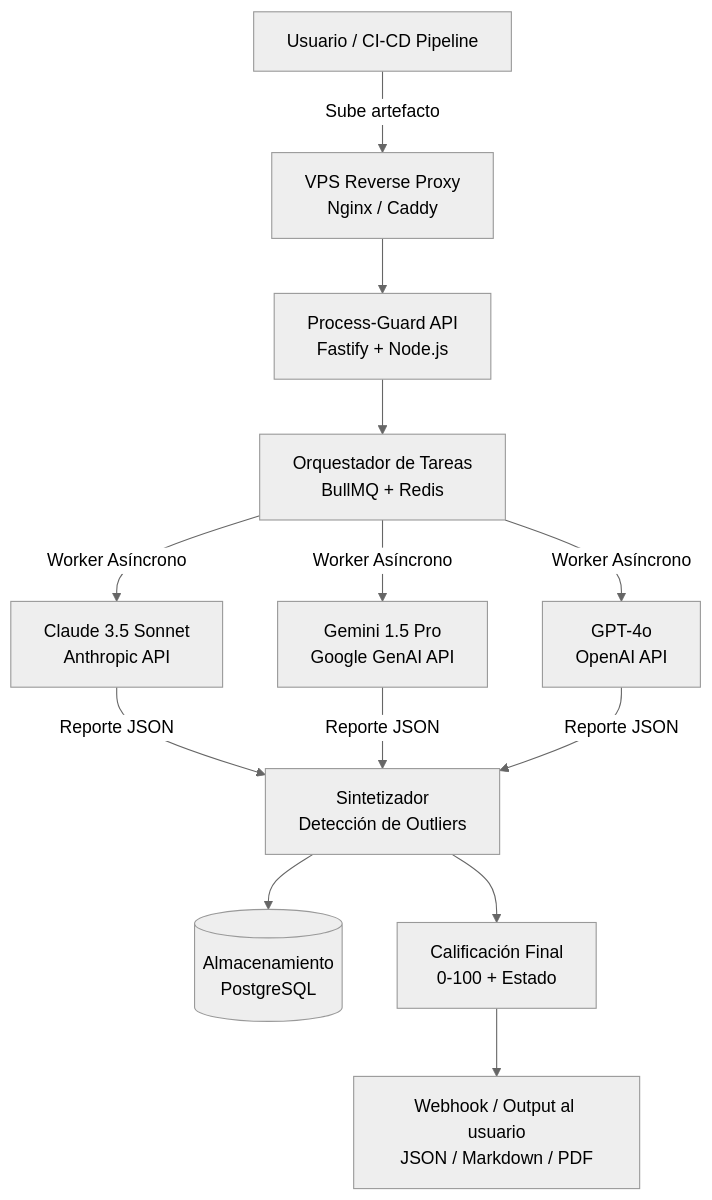
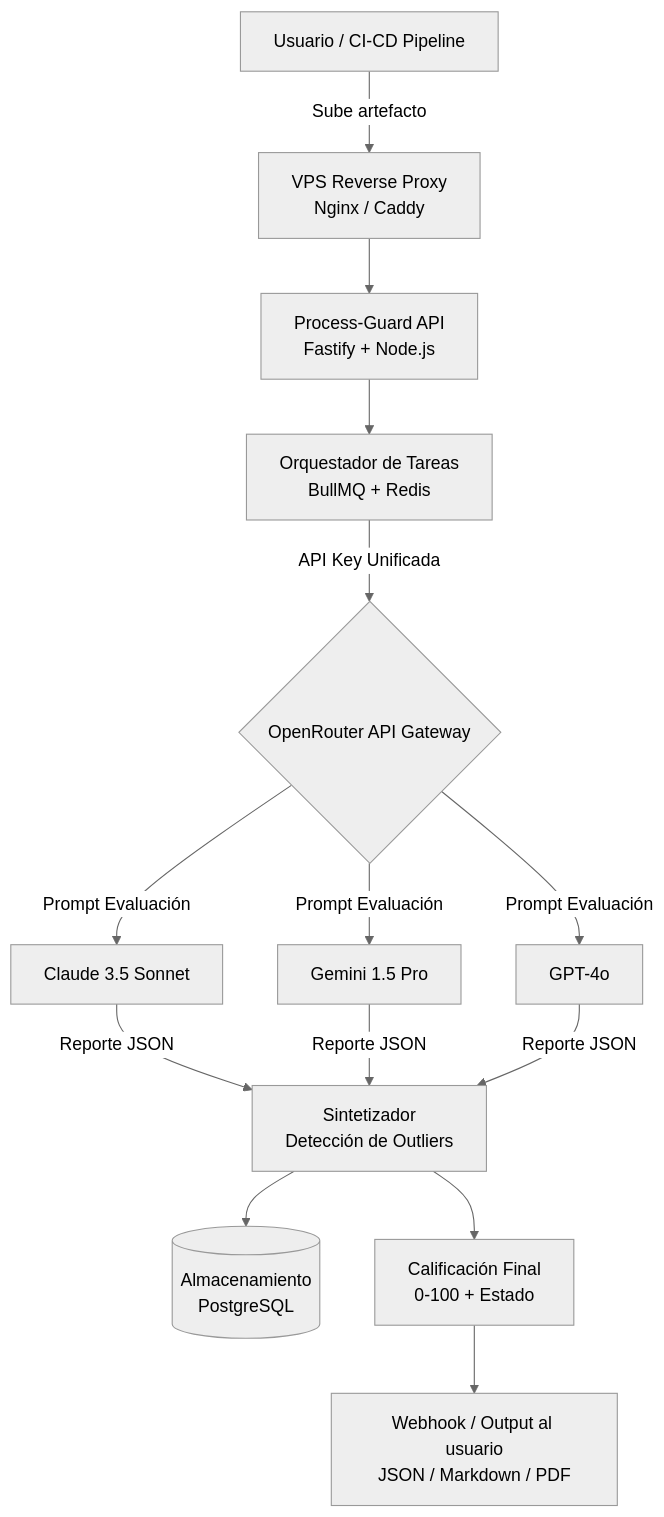
One commit to AXLAAF/Hakaton changed the diagram in tasks/entregables_tarea_2/diagrams/figura_1_arquitectura.md. Above: the diagram before and after it, drawn with Mermaid (neutral theme). The commit also changed 1 other file, not shown here.

Commit message:
Update: Integrar OpenRouter API Gateway

````diff
--- a/tasks/entregables_tarea_2/diagrams/figura_1_arquitectura.md
+++ b/tasks/entregables_tarea_2/diagrams/figura_1_arquitectura.md
@@ -3,19 +3,21 @@
 ```mermaid
 graph TD
     U[Usuario / CI-CD Pipeline] -->|Sube artefacto| VPS[VPS Reverse Proxy\nNginx / Caddy]
     VPS --> API[Process-Guard API\nFastify + Node.js]
     API --> ORCH[Orquestador de Tareas\nBullMQ + Redis]
     
-    ORCH -->|Worker Asíncrono| M1[Claude 3.5 Sonnet\nAnthropic API]
-    ORCH -->|Worker Asíncrono| M2[Gemini 1.5 Pro\nGoogle GenAI API]
-    ORCH -->|Worker Asíncrono| M3[GPT-4o\nOpenAI API]
+    ORCH -->|API Key Unificada| OR_PROXY{OpenRouter API Gateway}
+    
+    OR_PROXY -->|Prompt Evaluación| M1[Claude 3.5 Sonnet]
+    OR_PROXY -->|Prompt Evaluación| M2[Gemini 1.5 Pro]
+    OR_PROXY -->|Prompt Evaluación| M3[GPT-4o]
     
     M1 -->|Reporte JSON| SYNTH[Sintetizador\nDetección de Outliers]
     M2 -->|Reporte JSON| SYNTH
     M3 -->|Reporte JSON| SYNTH
     
     SYNTH --> DB[(Almacenamiento\nPostgreSQL)]
     SYNTH --> CF[Calificación Final\n0-100 + Estado]
     
     CF --> OUT[Webhook / Output al usuario\nJSON / Markdown / PDF]
 ```
````
